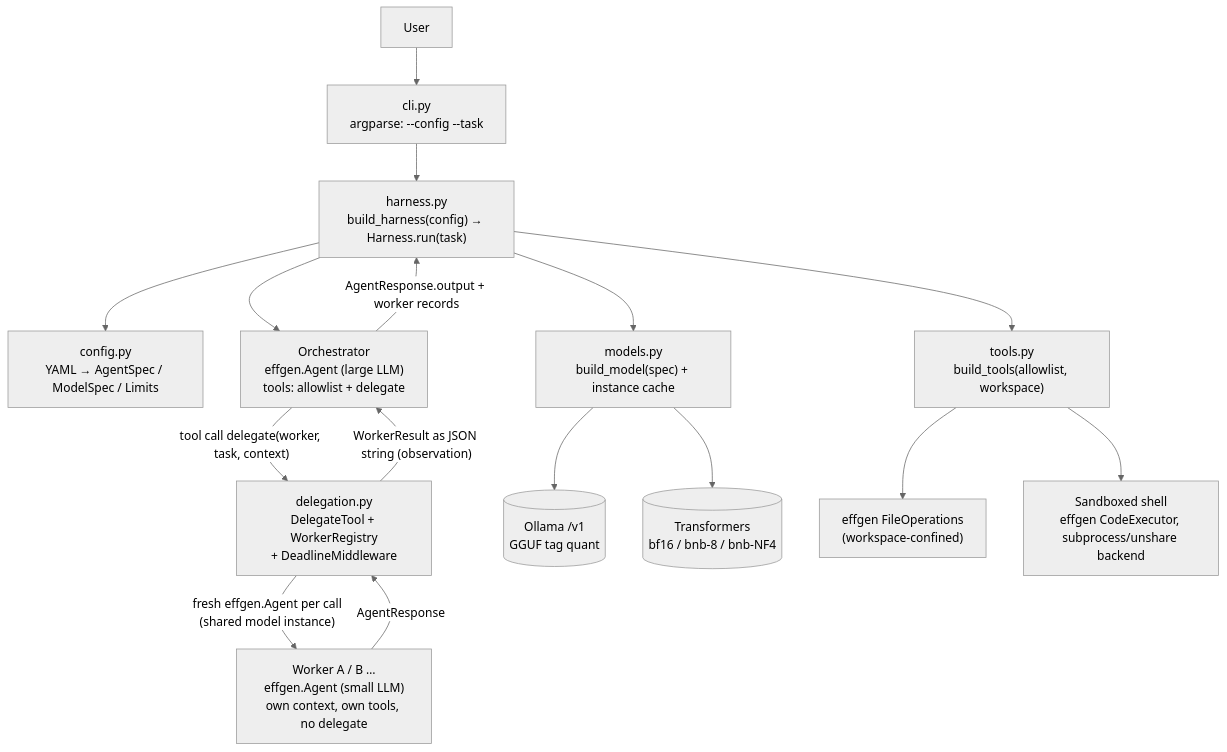
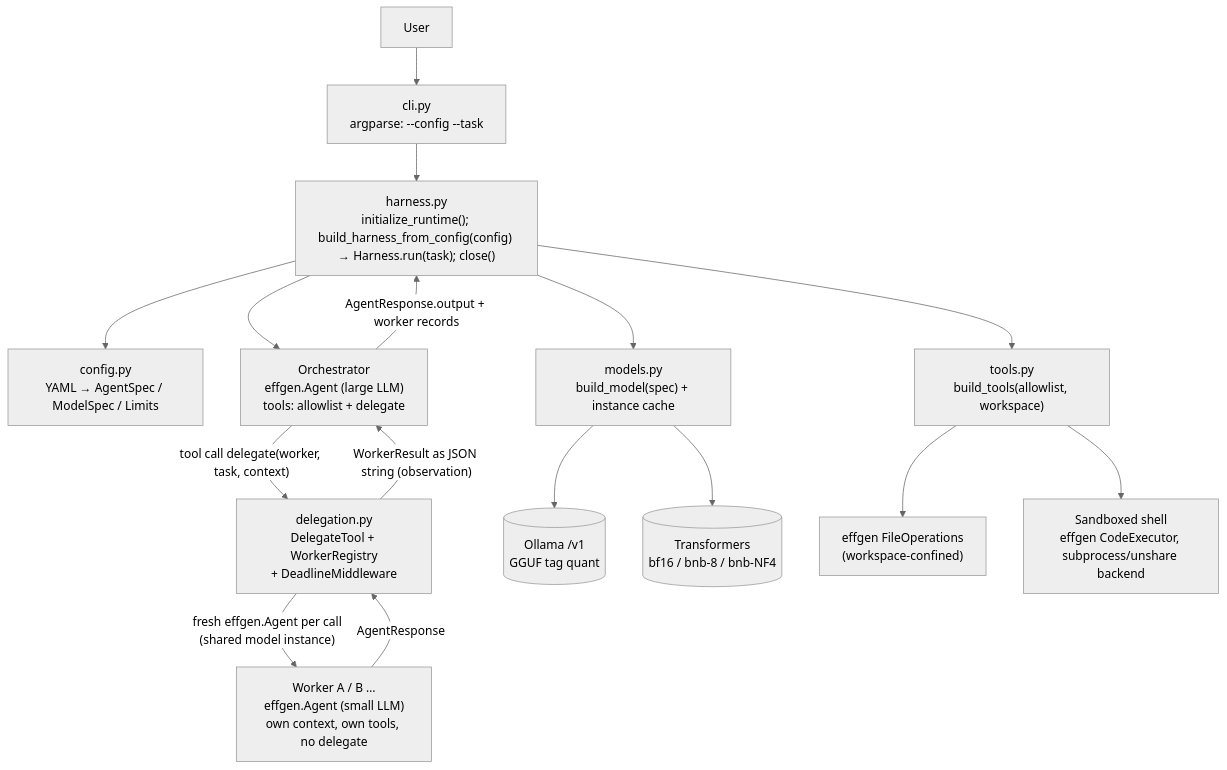
The first of 2 diagrams in docs/architecture.md (Ch-Kumar-Kartik/smol-harness), drawn with Mermaid (neutral theme) before and after one commit. The commit also changed other lines of this file and 8 other files, not shown here.

Commit message:
feat(harness): assemble config-driven agents with managed model lifecycle

````diff
--- a/docs/architecture.md
+++ b/docs/architecture.md
@@ -69,18 +69,18 @@
 ```mermaid
 flowchart TD
     U[User] --> CLI["cli.py<br/>argparse: --config --task"]
-    CLI --> H["harness.py<br/>build_harness(config) → Harness.run(task)"]
+    CLI --> H["harness.py<br/>initialize_runtime(); build_harness_from_config(config) → Harness.run(task); close()"]
     H --> CFG["config.py<br/>YAML → AgentSpec / ModelSpec / Limits"]
     H --> MOD["models.py<br/>build_model(spec) + instance cache"]
     H --> TL["tools.py<br/>build_tools(allowlist, workspace)"]
     H --> O["Orchestrator<br/>effgen.Agent (large LLM)<br/>tools: allowlist + delegate"]
     O -- "tool call delegate(worker, task, context)" --> D["delegation.py<br/>DelegateTool + WorkerRegistry<br/>+ DeadlineMiddleware"]
     D -- "fresh effgen.Agent per call<br/>(shared model instance)" --> W["Worker A / B …<br/>effgen.Agent (small LLM)<br/>own context, own tools, no delegate"]
     W -- "AgentResponse" --> D
     D -- "WorkerResult as JSON string (observation)" --> O
     O -- "AgentResponse.output + worker records" --> H
     MOD --> OL[("Ollama /v1<br/>GGUF tag quant")]
     MOD --> HF[("Transformers<br/>bf16 / bnb-8 / bnb-NF4")]
     TL --> FO["effgen FileOperations<br/>(workspace-confined)"]
     TL --> SH["Sandboxed shell<br/>effgen CodeExecutor, subprocess/unshare backend"]
 ```
````
